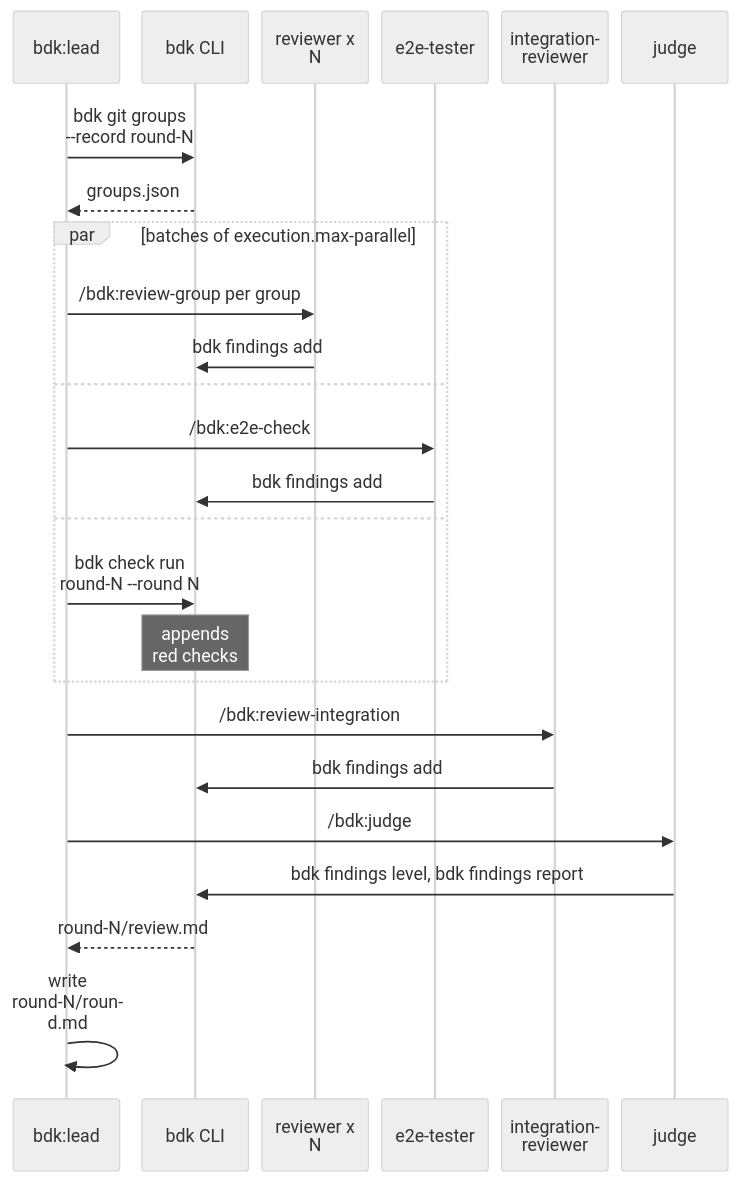
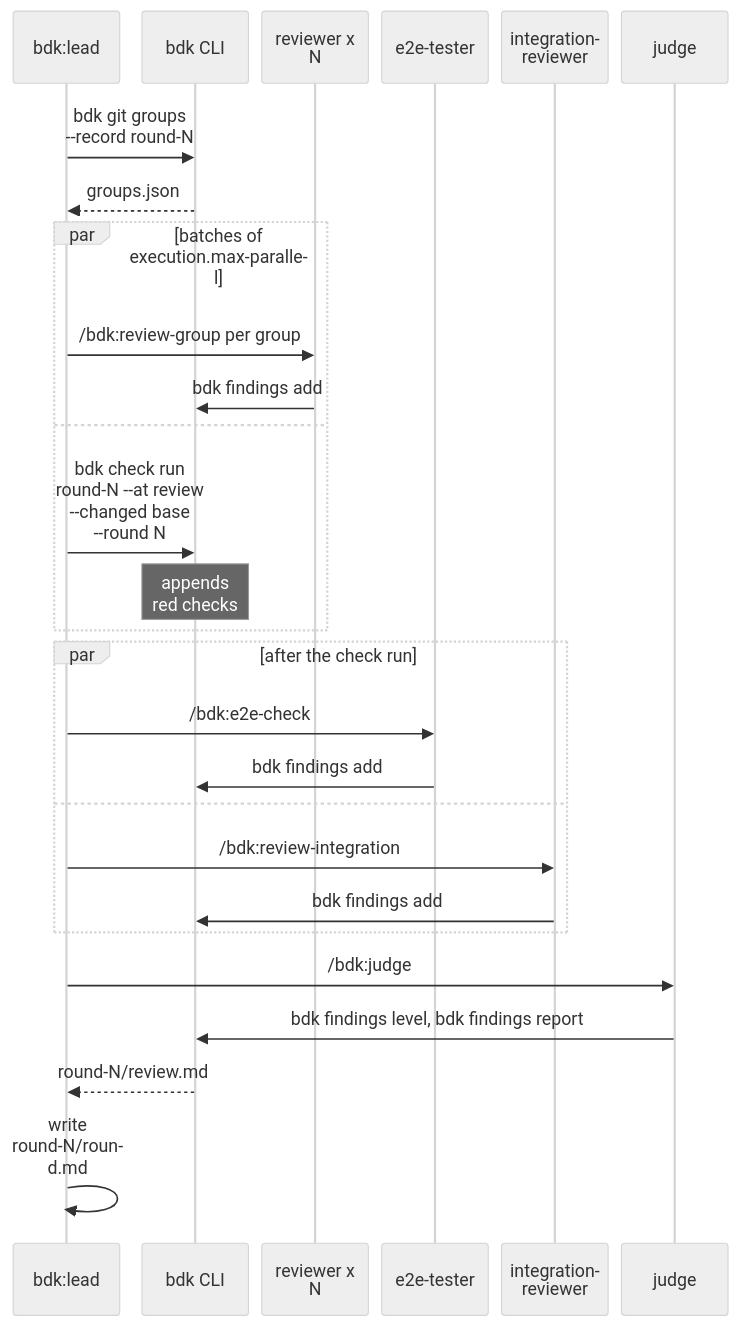
Diagram 11 of 15 in docs/concepts/orchestrators.md (broneq/bdk), drawn with Mermaid (neutral theme) before and after one commit. The commit also changed other lines of this file and 119 other files, not shown here.

First line of the commit message:
feat(bdk)!: run checks at part, wave and review points

````diff
--- a/docs/concepts/orchestrators.md
+++ b/docs/concepts/orchestrators.md
@@ -249,28 +251,30 @@
 ```mermaid
 %%{init: {"sequence": {"actorMargin": 12, "width": 96, "noteMargin": 6, "wrap": true}}}%%
 sequenceDiagram
   participant L as bdk:lead
   participant B as bdk CLI
   participant R as reviewer x N
   participant E as e2e-tester
   participant I as integration-<br/>reviewer
   participant J as judge
   L->>B: bdk git groups --record round-N
   B-->>L: groups.json
   par batches of execution.max-parallel
     L->>R: /bdk:review-group per group
     R->>B: bdk findings add
   and
+    L->>B: bdk check run round-N --at review --changed base --round N
+    Note over B: appends red checks
+  end
+  par after the check run
     L->>E: /bdk:e2e-check
     E->>B: bdk findings add
   and
-    L->>B: bdk check run round-N --round N
-    Note over B: appends red checks
+    L->>I: /bdk:review-integration
+    I->>B: bdk findings add
   end
-  L->>I: /bdk:review-integration
-  I->>B: bdk findings add
   L->>J: /bdk:judge
   J->>B: bdk findings level, bdk findings report
   B-->>L: round-N/review.md
   L->>L: write round-N/round.md
 ```
````
